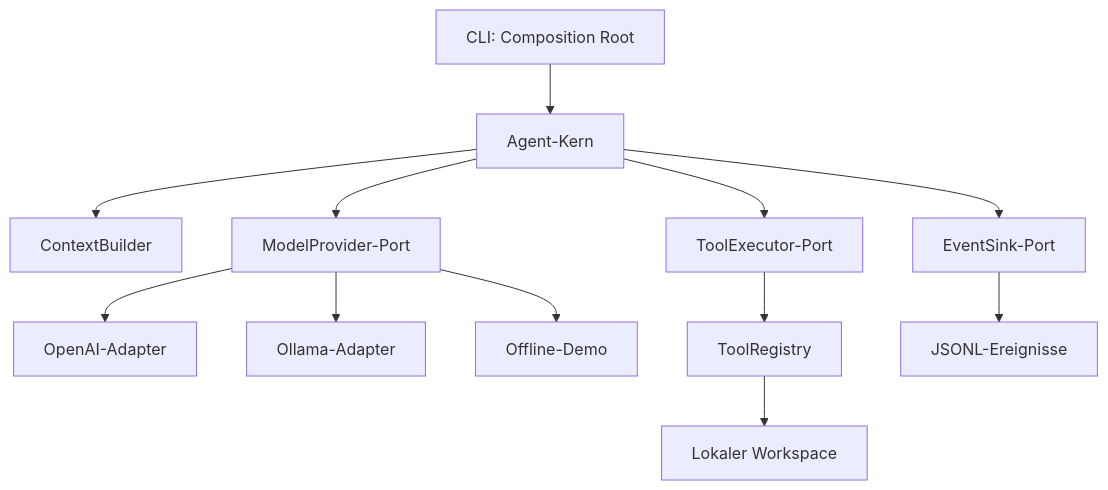
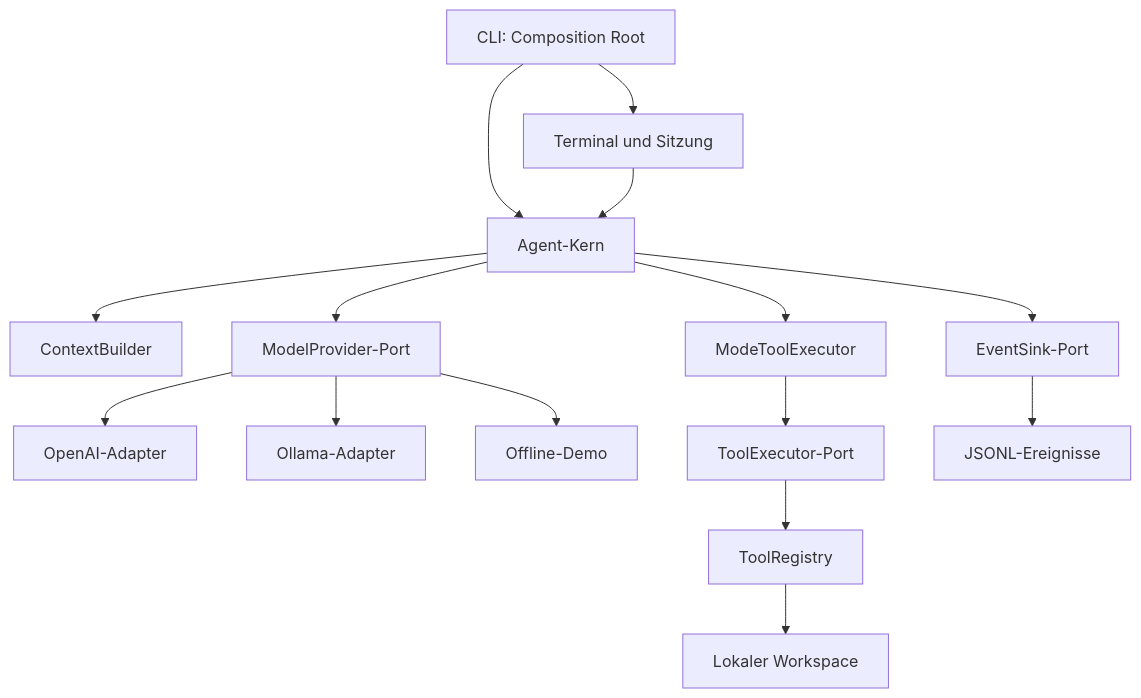
The diagram in README.md (mtirtasana/ai-coding-agent), drawn with Mermaid before and after one commit. The commit also changed other lines of this file and 17 other files, not shown here.

````diff
--- a/README.md
+++ b/README.md
@@ -54,14 +77,17 @@
 ```mermaid
 flowchart TD
-    CLI[CLI: Composition Root] --> Agent[Agent-Kern]
+    CLI[CLI: Composition Root] --> Shell[Terminal und Sitzung]
+    CLI --> Agent[Agent-Kern]
+    Shell --> Agent
     Agent --> Context[ContextBuilder]
     Agent --> Model[ModelProvider-Port]
     Model --> OpenAI[OpenAI-Adapter]
     Model --> Ollama[Ollama-Adapter]
     Model --> Demo[Offline-Demo]
-    Agent --> Tools[ToolExecutor-Port]
+    Agent --> Policy[ModeToolExecutor]
+    Policy --> Tools[ToolExecutor-Port]
     Tools --> Registry[ToolRegistry]
     Registry --> Workspace[Lokaler Workspace]
     Agent --> Events[EventSink-Port]
     Events --> JSONL[JSONL-Ereignisse]
 ```
````
